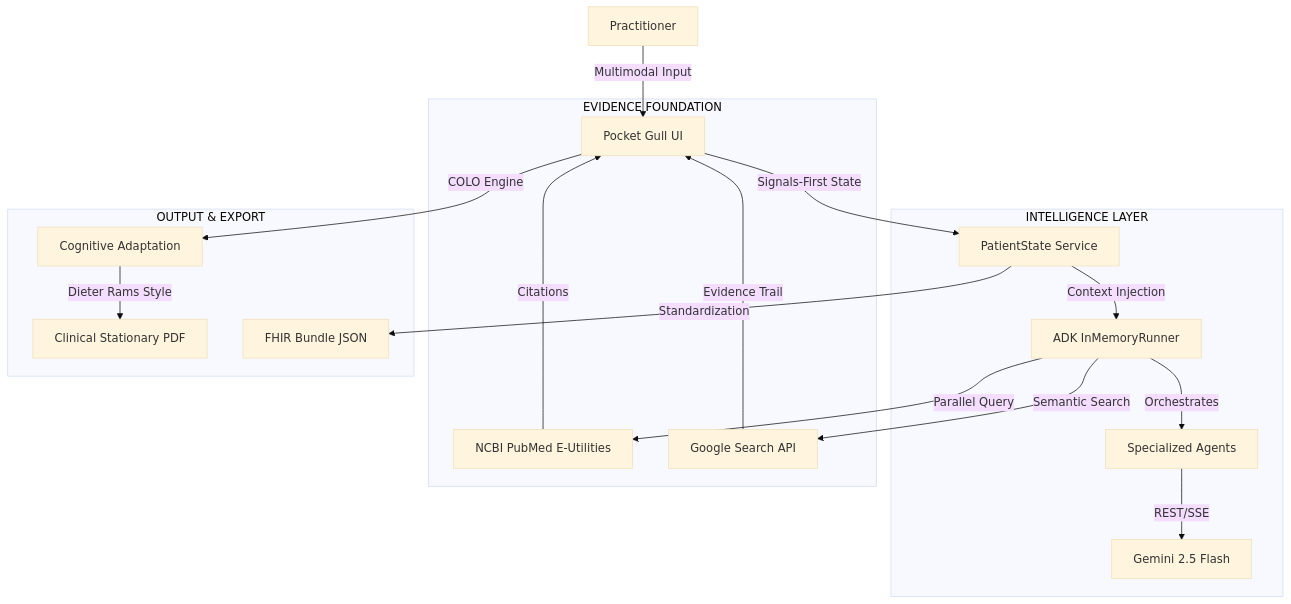
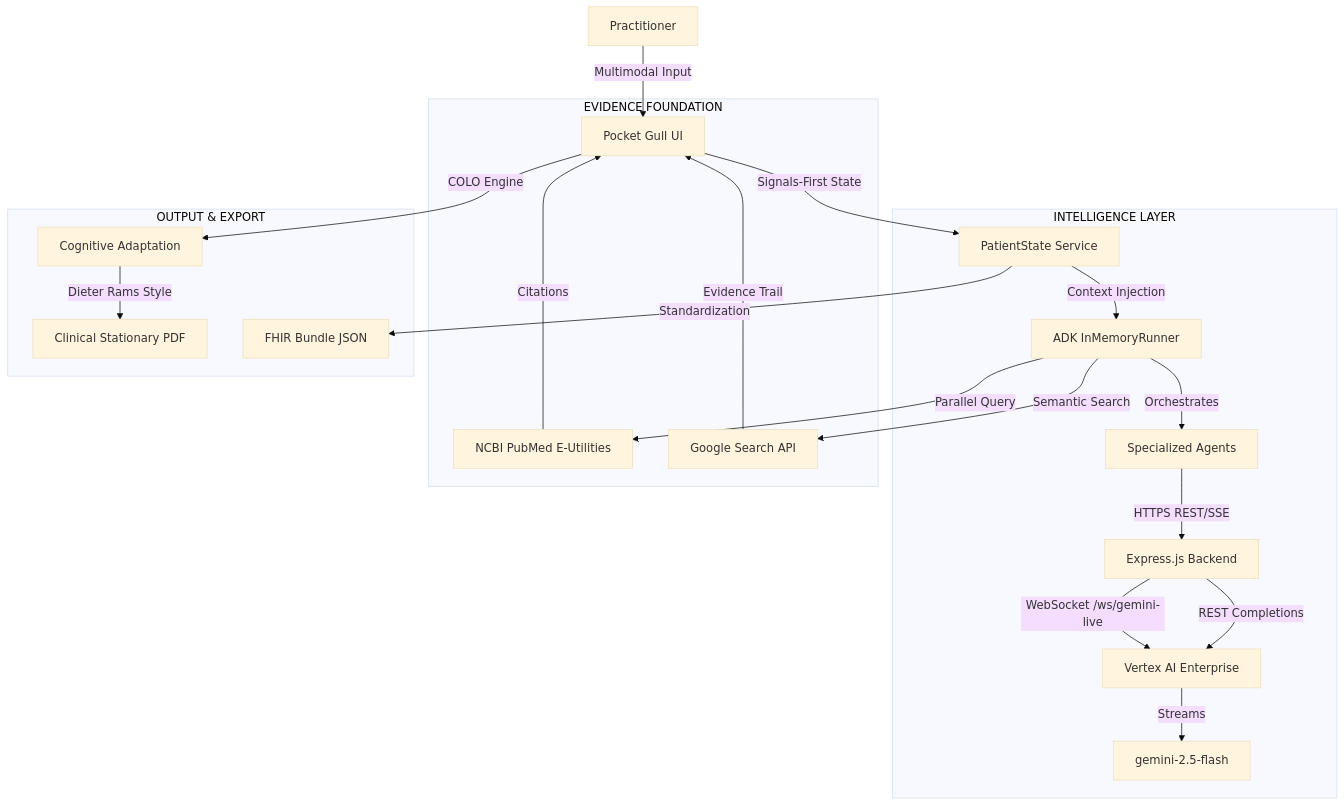
One commit to philgear/pocketgull changed the diagram in README.md. Above: the diagram before and after it, drawn with Mermaid (base theme). The commit also changed other lines of this file and 15 other files, not shown here.

````diff
--- a/README.md
+++ b/README.md
@@ -199,24 +222,27 @@
 ```mermaid
 graph TD
     User[Practitioner] -->|Multimodal Input| UI[Pocket Gull UI]
     UI -->|Signals-First State| State[PatientState Service]
     
     subgraph "INTELLIGENCE LAYER"
         State -->|Context Injection| Adk[ADK InMemoryRunner]
         Adk -->|Orchestrates| Agents[Specialized Agents]
-        Agents -->|REST/SSE| Gemini[Gemini 2.5 Flash]
+        Agents -->|HTTPS REST/SSE| Proxy[Express.js Backend]
+        Proxy -->|WebSocket /ws/gemini-live| VertexAI[Vertex AI Enterprise]
+        Proxy -->|REST Completions| VertexAI
+        VertexAI -->|Streams| Gemini[gemini-2.5-flash]
     end
 
     subgraph "EVIDENCE FOUNDATION"
         Adk -->|Parallel Query| PubMed[NCBI PubMed E-Utilities]
         Adk -->|Semantic Search| GSearch[Google Search API]
         PubMed -->|Citations| UI
         GSearch -->|Evidence Trail| UI
     end
 
     subgraph "OUTPUT & EXPORT"
         UI -->|COLO Engine| Translation[Cognitive Adaptation]
         Translation -->|Dieter Rams Style| PDF[Clinical Stationary PDF]
         State -->|Standardization| FHIR[FHIR Bundle JSON]
     end
 ```
````
